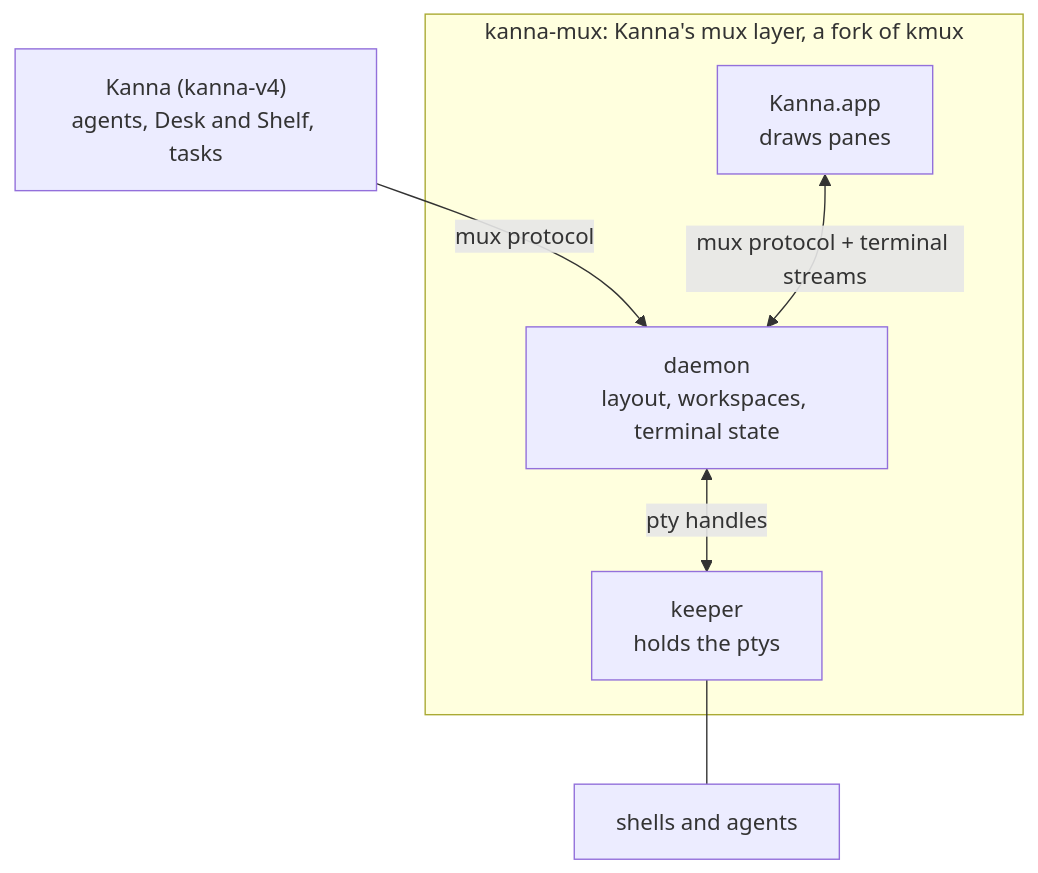
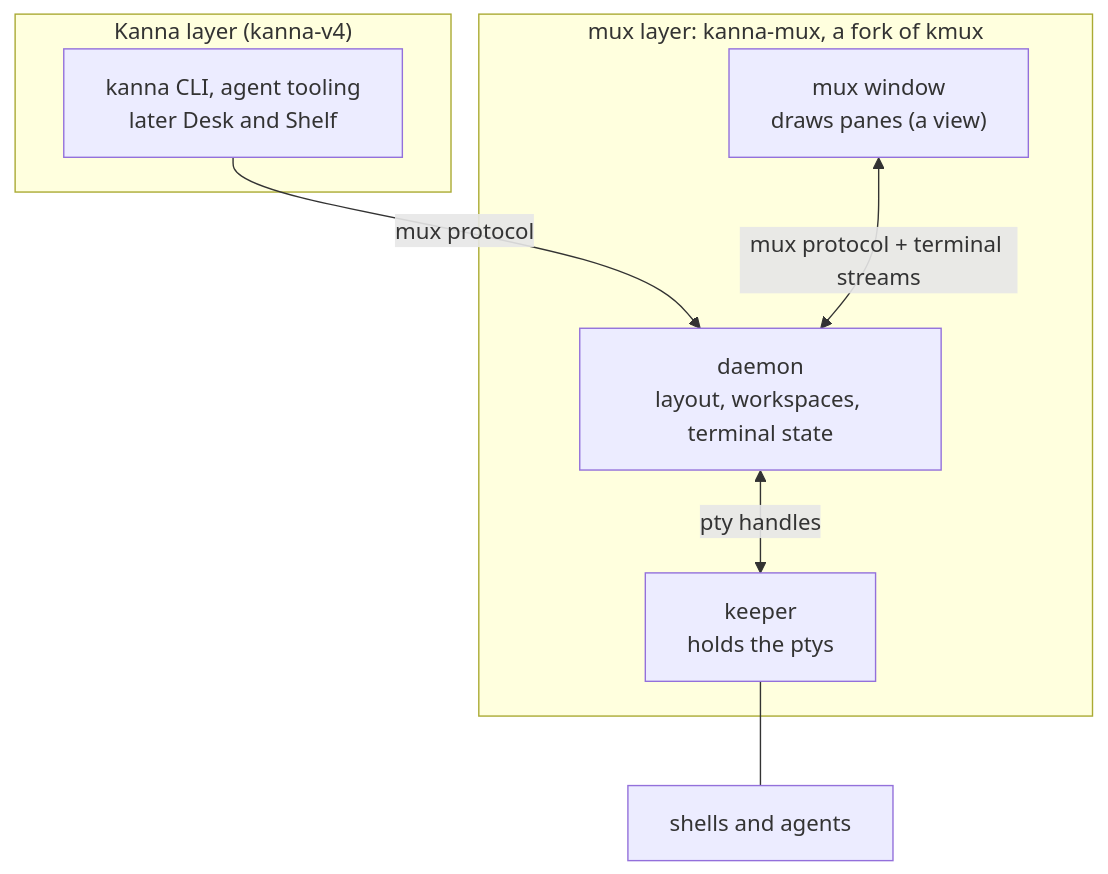
One commit to jemdiggity/kanna-v4 changed the first of 10 diagrams in docs/research/mux-architecture.md. Above: the diagram before and after it, drawn with Mermaid. The commit also changed other lines of this file, not shown here.

Commit message:
Mux architecture: name the layers by role (Kanna layer, mux window)

````diff
--- a/docs/research/mux-architecture.md
+++ b/docs/research/mux-architecture.md
@@ -22,14 +22,16 @@
 ```mermaid
 flowchart TB
-    KANNA["Kanna (kanna-v4)<br/>agents, Desk and Shelf, tasks"]
-    subgraph MUX["kanna-mux: Kanna's mux layer, a fork of kmux"]
-        APP["Kanna.app<br/>draws panes"]
+    subgraph TOP["Kanna layer (kanna-v4)"]
+        KANNA["kanna CLI, agent tooling<br/>later Desk and Shelf"]
+    end
+    subgraph MUX["mux layer: kanna-mux, a fork of kmux"]
+        WIN["mux window<br/>draws panes (a view)"]
         DAEMON["daemon<br/>layout, workspaces, terminal state"]
         KEEPER["keeper<br/>holds the ptys"]
     end
     SH["shells and agents"]
     KANNA -->|"mux protocol"| DAEMON
-    APP <-->|"mux protocol + terminal streams"| DAEMON
+    WIN <-->|"mux protocol + terminal streams"| DAEMON
     DAEMON <-->|"pty handles"| KEEPER
     KEEPER --- SH
 ```
````
